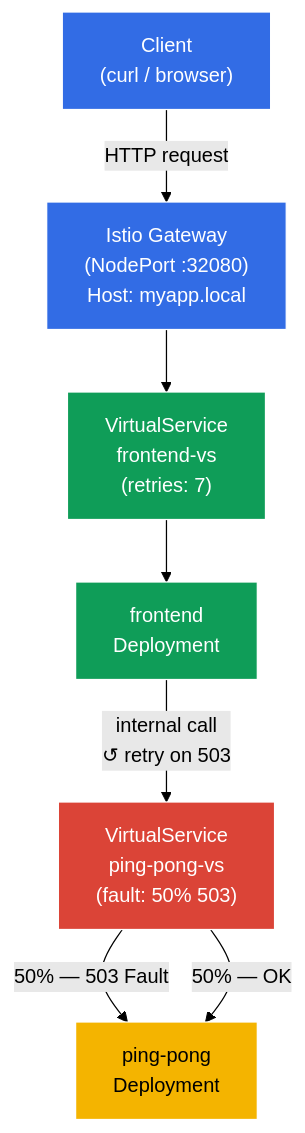
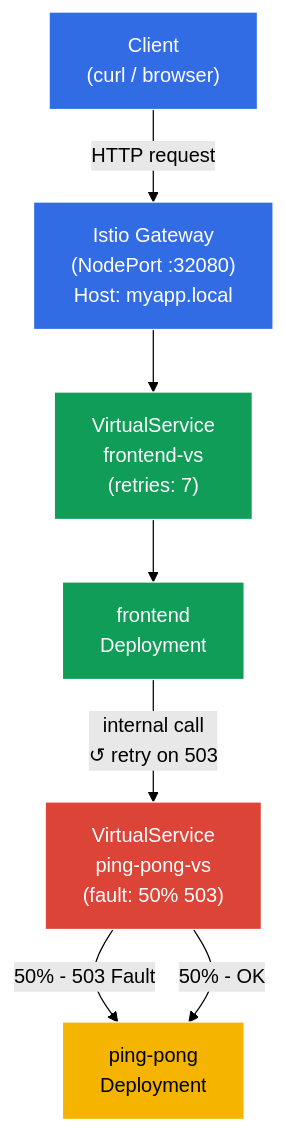
The diagram in tasks/ica/labs/03/README.MD (ViktorUJ/cks), drawn with Mermaid (forest theme) before and after one commit. The commit also changed other lines of this file and 104 other files, not shown here.

````diff
--- a/tasks/ica/labs/03/README.MD
+++ b/tasks/ica/labs/03/README.MD
@@ -17,23 +17,23 @@
 ```mermaid
 flowchart TD
     Client["Client<br>(curl / browser)"]
     GW["Istio Gateway<br>(NodePort :32080)<br>Host: myapp.local"]
     FE_VS["VirtualService<br>frontend-vs<br>(retries: 7)"]
     PP_VS["VirtualService<br>ping-pong-vs<br>(fault: 50% 503)"]
     Frontend["frontend<br>Deployment"]
     PingPong["ping-pong<br>Deployment"]
 
     Client -->|"HTTP request"| GW
     GW --> FE_VS
     FE_VS --> Frontend
     Frontend -->|"internal call<br>↺ retry on 503"| PP_VS
-    PP_VS -->|"50% — 503 Fault"| PingPong
-    PP_VS -->|"50% — OK"| PingPong
+    PP_VS -->|"50% - 503 Fault"| PingPong
+    PP_VS -->|"50% - OK"| PingPong
 
     style Client fill:#326ce5,stroke:#fff,color:#fff
     style GW fill:#326ce5,stroke:#fff,color:#fff
     style FE_VS fill:#0f9d58,stroke:#fff,color:#fff
     style PP_VS fill:#db4437,stroke:#fff,color:#fff
     style Frontend fill:#0f9d58,stroke:#fff,color:#fff
     style PingPong fill:#f4b400,stroke:#fff,color:#000
 ```
````
